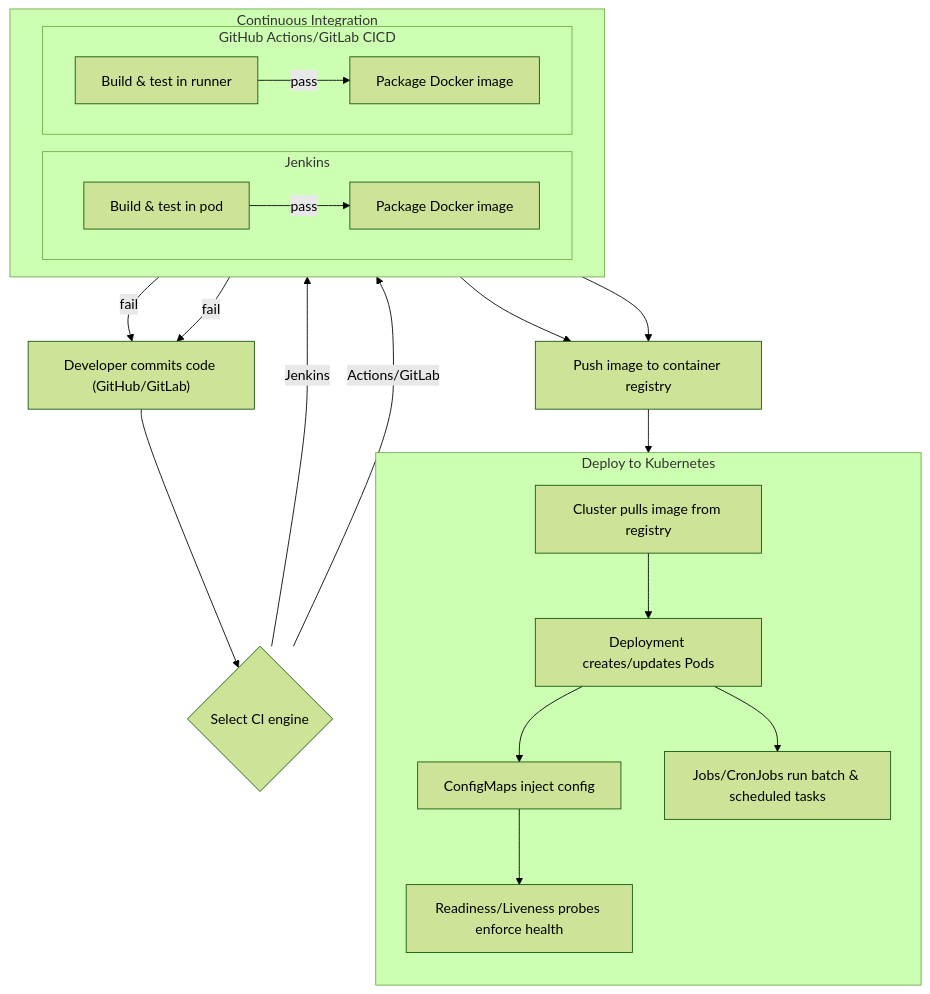
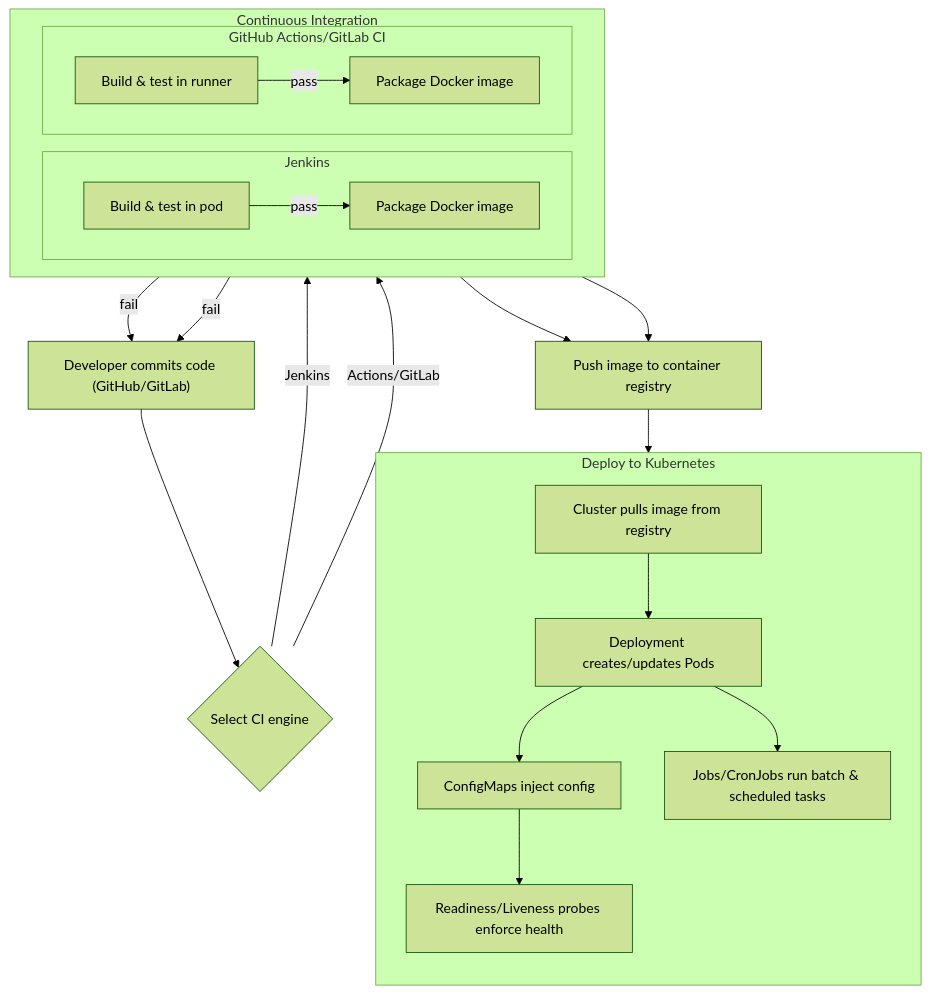
Before and after one commit to csfeeser/ci-cd: the diagram in ci-cd-high-level.md, drawn with Mermaid (forest theme).

````diff
--- a/ci-cd-high-level.md
+++ b/ci-cd-high-level.md
@@ -3,40 +3,40 @@
 ```mermaid
 flowchart TD
   A["Developer commits code (GitHub/GitLab)"]
 
   subgraph CI["Continuous Integration"]
     direction LR
 
     subgraph JENK["Jenkins"]
       J1["Build & test in pod"]
       J2["Package Docker image"]
     end
 
-    subgraph GHA_GL["GitHub Actions/GitLab CICD"]
+    subgraph GHA_GL["GitHub Actions/GitLab CI"]
       G1["Build & test in runner"]
       G2["Package Docker image"]
     end
   end
 
   R["Push image to container registry"]
 
   subgraph KDEP["Deploy to Kubernetes"]
     direction TB
     K7["Cluster pulls image from registry"]
     K8["Deployment creates/updates Pods"]
     K9["ConfigMaps inject config"]
     K10["Readiness/Liveness probes enforce health"]
     K11["Jobs/CronJobs run batch & scheduled tasks"]
   end
 
   %% Flow choices
   A --> B{Select CI engine}
   B -->|Jenkins| J1 -->|fail| A
   J1 -->|pass| J2 --> R
   B -->|Actions/GitLab| G1 -->|fail| A
   G1 -->|pass| G2 --> R
 
   %% Deploy path
   R --> K7 --> K8 --> K9 --> K10
   K8 --> K11
 ```
````
